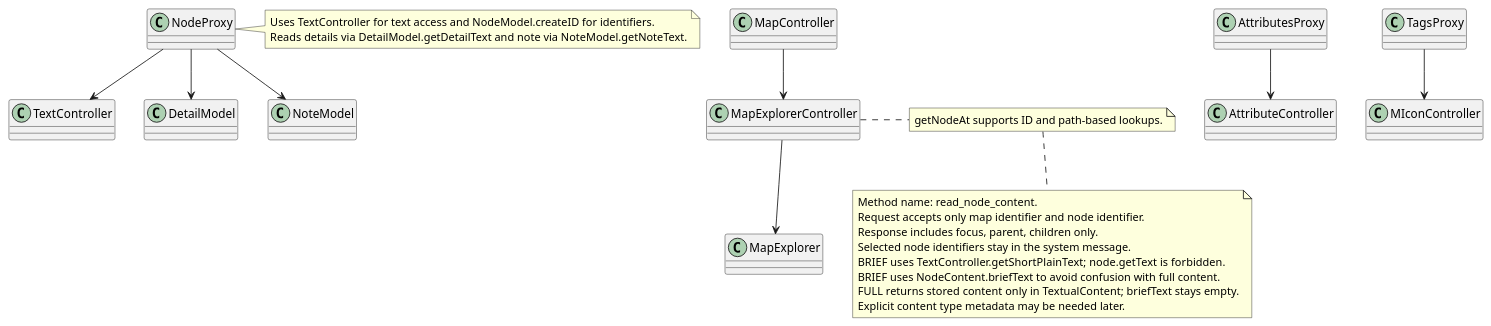
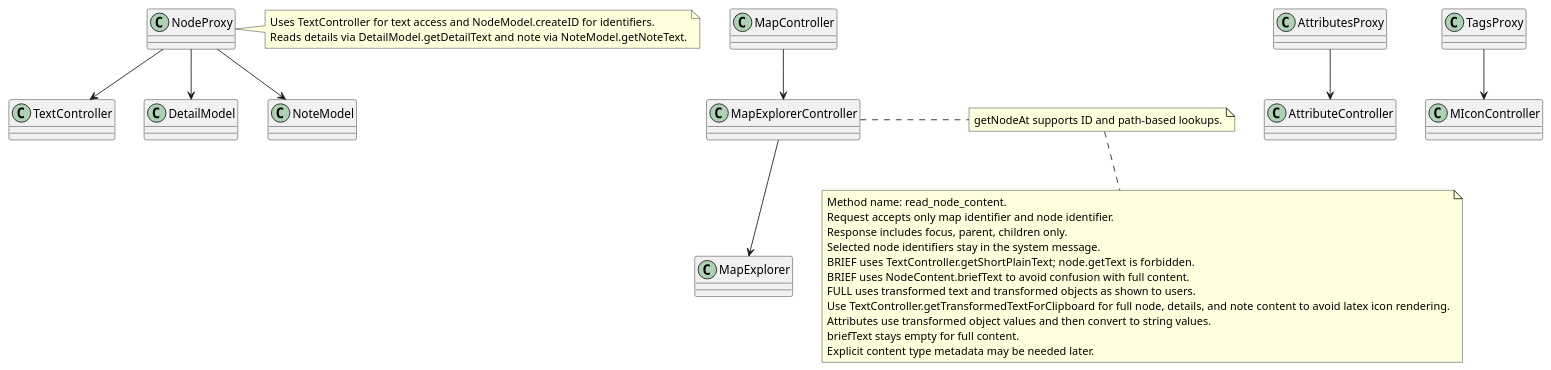
One commit to guoranjun2/nexordia changed the fifth of 11 diagrams in freeplane_plugin_ai/specs/sprints/sprint-001.md. Above: the diagram before and after it, drawn with PlantUML. The commit also changed other lines of this file and 9 other files, not shown here.

Commit message:
full content

````diff
--- a/freeplane_plugin_ai/specs/sprints/sprint-001.md
+++ b/freeplane_plugin_ai/specs/sprints/sprint-001.md
@@ -58,43 +58,46 @@
 ```plantuml
 @startuml
 class NodeProxy
 class AttributesProxy
 class TagsProxy
 class MapController
 class MapExplorerController
 class MapExplorer
 class TextController
 class DetailModel
 class NoteModel
 class AttributeController
 class MIconController
 
 NodeProxy --> TextController
 NodeProxy --> DetailModel
 NodeProxy --> NoteModel
 AttributesProxy --> AttributeController
 TagsProxy --> MIconController
 MapController --> MapExplorerController
 MapExplorerController --> MapExplorer
 
 note right of NodeProxy
 Uses TextController for text access and NodeModel.createID for identifiers.
 Reads details via DetailModel.getDetailText and note via NoteModel.getNoteText.
 end note
 
 note right of MapExplorerController
 getNodeAt supports ID and path-based lookups.
 end note
 
 note bottom
 Method name: read_node_content.
 Request accepts only map identifier and node identifier.
 Response includes focus, parent, children only.
 Selected node identifiers stay in the system message.
 BRIEF uses TextController.getShortPlainText; node.getText is forbidden.
 BRIEF uses NodeContent.briefText to avoid confusion with full content.
-FULL returns stored content only in TextualContent; briefText stays empty.
+FULL uses transformed text and transformed objects as shown to users.
+Use TextController.getTransformedTextForClipboard for full node, details, and note content to avoid latex icon rendering.
+Attributes use transformed object values and then convert to string values.
+briefText stays empty for full content.
 Explicit content type metadata may be needed later.
 end note
 @enduml
 ```
````
